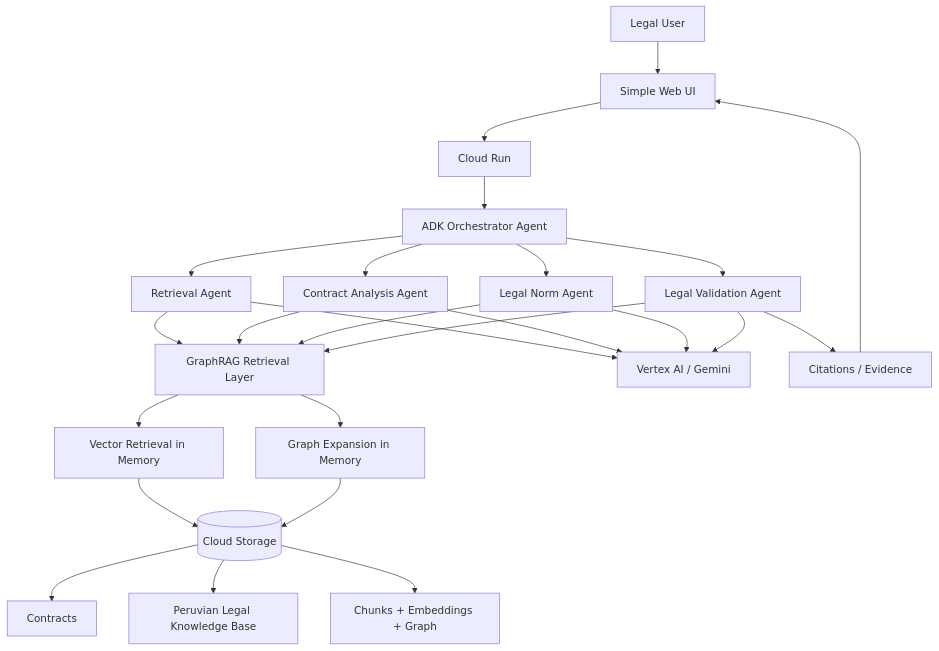
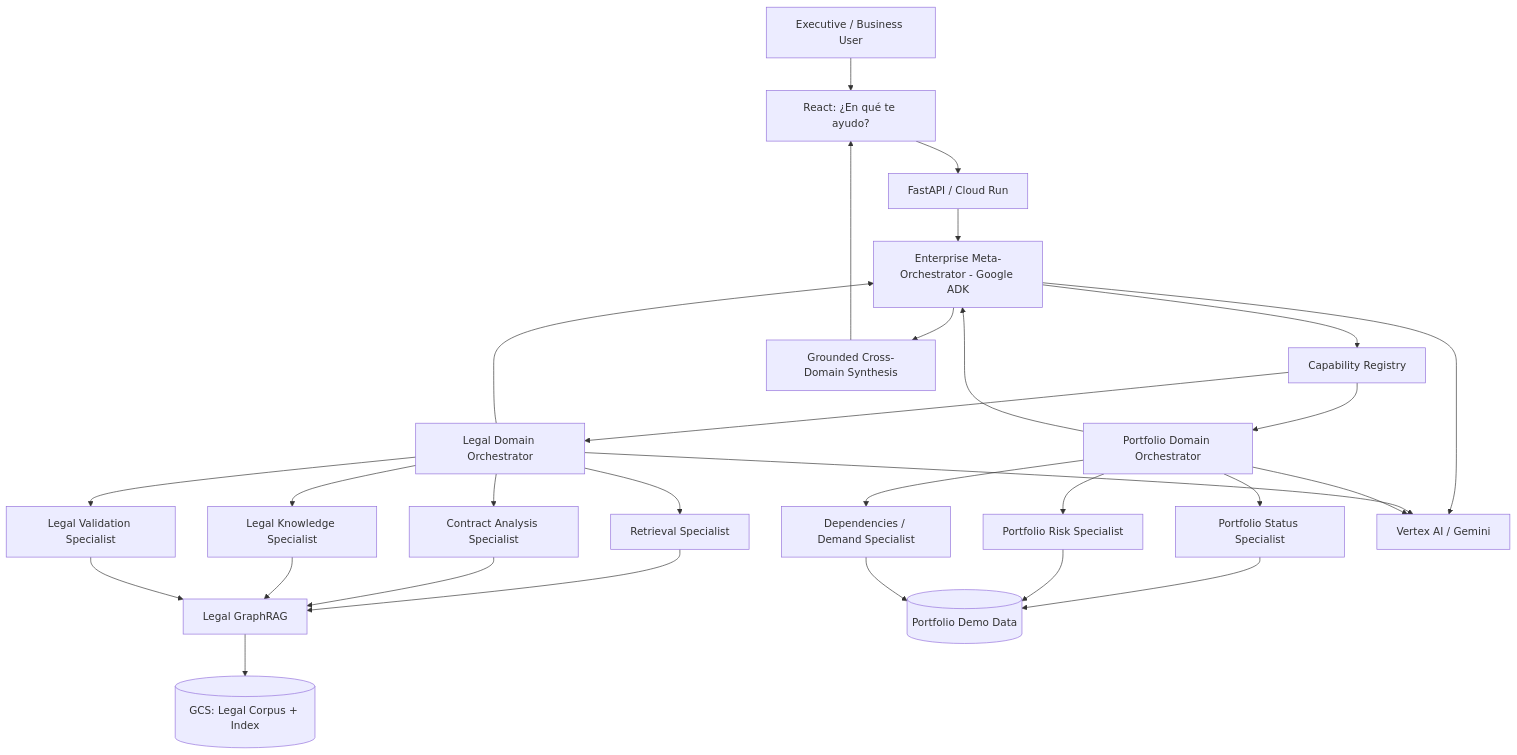
One commit to JuliusCordova/AgenteLegal changed the diagram in docs/architecture-fast-demo-graphrag.md. Above: the diagram before and after it, drawn with Mermaid. The commit also changed other lines of this file, not shown here.

Commit message:
docs: redefine FAST DEMO around enterprise meta-orchestration

```diff
--- a/docs/architecture-fast-demo-graphrag.md
+++ b/docs/architecture-fast-demo-graphrag.md
@@ -9,34 +6,37 @@
 ~~~mermaid
 flowchart TB
-    U[Legal User] --> UI[Simple Web UI]
-    UI --> CR[Cloud Run]
+    U[Executive / Business User] --> UI[React: ¿En qué te ayudo?]
+    UI --> API[FastAPI / Cloud Run]
+    API --> META[Enterprise Meta-Orchestrator - Google ADK]
+    META --> REG[Capability Registry]
 
-    CR --> ORCH[ADK Orchestrator Agent]
-    ORCH --> RETA[Retrieval Agent]
-    ORCH --> CLA[Contract Analysis Agent]
-    ORCH --> NORMA[Legal Norm Agent]
-    ORCH --> VAL[Legal Validation Agent]
+    REG --> LEGAL[Legal Domain Orchestrator]
+    REG --> PORT[Portfolio Domain Orchestrator]
 
-    RETA --> GR[GraphRAG Retrieval Layer]
+    LEGAL --> RET[Retrieval Specialist]
+    LEGAL --> CLA[Contract Analysis Specialist]
+    LEGAL --> NORM[Legal Knowledge Specialist]
+    LEGAL --> LVAL[Legal Validation Specialist]
+
+    RET --> GR[Legal GraphRAG]
     CLA --> GR
-    NORMA --> GR
-    VAL --> GR
+    NORM --> GR
+    LVAL --> GR
+    GR --> GCS[(GCS: Legal Corpus + Index)]
 
-    GR --> VEC[Vector Retrieval in Memory]
-    GR --> GRAPH[Graph Expansion in Memory]
+    PORT --> PST[Portfolio Status Specialist]
+    PORT --> PRISK[Portfolio Risk Specialist]
+    PORT --> PDEPS[Dependencies / Demand Specialist]
+    PST --> PDATA[(Portfolio Demo Data)]
+    PRISK --> PDATA
+    PDEPS --> PDATA
 
-    VEC --> GCS[(Cloud Storage)]
-    GRAPH --> GCS
+    LEGAL --> META
+    PORT --> META
+    META --> SYN[Grounded Cross-Domain Synthesis]
+    SYN --> UI
 
-    GCS --> C[Contracts]
-    GCS --> N[Peruvian Legal Knowledge Base]
-    GCS --> A[Chunks + Embeddings + Graph]
-
-    RETA --> GEM[Vertex AI / Gemini]
-    CLA --> GEM
-    NORMA --> GEM
-    VAL --> GEM
-
-    VAL --> CIT[Citations / Evidence]
-    CIT --> UI
+    META --> GEM[Vertex AI / Gemini]
+    LEGAL --> GEM
+    PORT --> GEM
 ~~~
```
